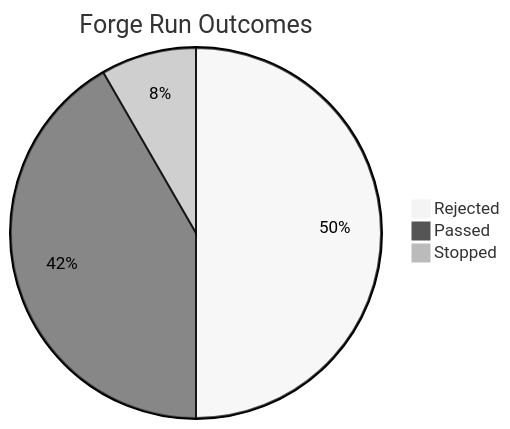
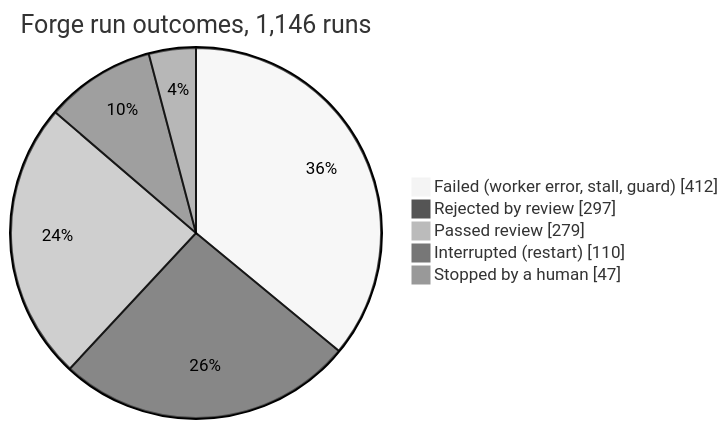
Before and after one commit to M-Umar-Hameed/VibeOps: the ninth of 11 diagrams in README.md, drawn with Mermaid (neutral theme). The commit also changed other lines of this file, not shown here.

Commit message:
docs: refresh measured stats - 515 promoted tickets across three repos, 1,146 runs, API-priced spend

````diff
--- a/README.md
+++ b/README.md
@@ -161,6 +162,9 @@
 ```mermaid
-pie title Forge Run Outcomes
-    "Rejected" : 6
-    "Passed" : 5
-    "Stopped" : 1
+pie showData
+    title Forge run outcomes, 1,146 runs
+    "Failed (worker error, stall, guard)" : 412
+    "Rejected by review" : 297
+    "Passed review" : 279
+    "Interrupted (restart)" : 110
+    "Stopped by a human" : 47
 ```
````
